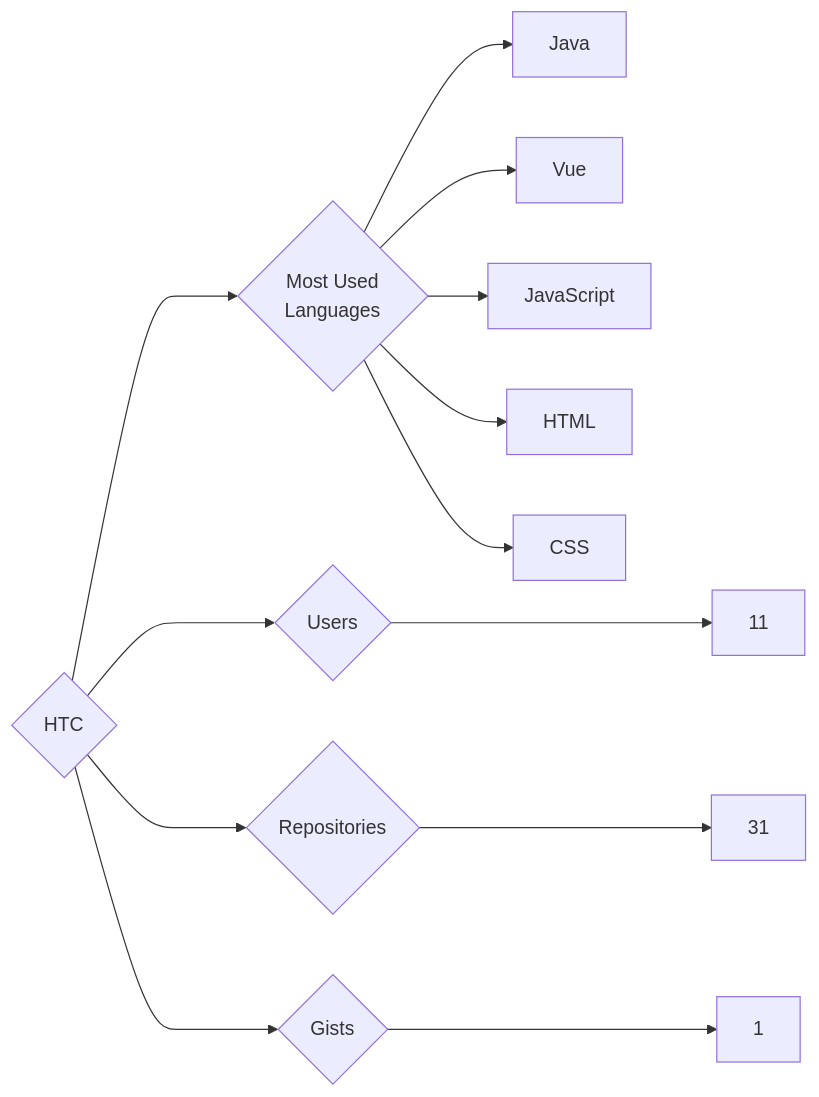
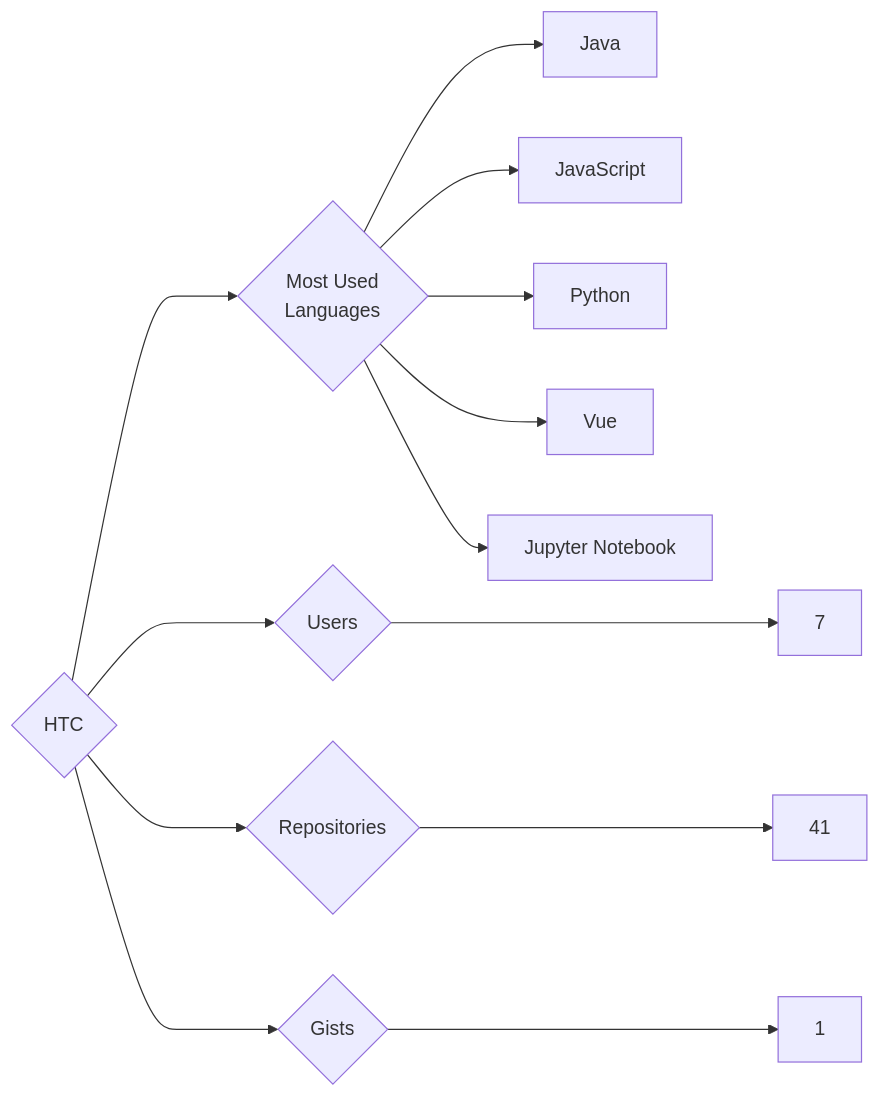
One commit to trickest/insiders changed the diagram in targets/HTC/README.md. Above: the diagram before and after it, drawn with Mermaid. The commit also changed 724 other files, not shown here.

````diff
--- a/targets/HTC/README.md
+++ b/targets/HTC/README.md
@@ -3,13 +3,13 @@
 ```mermaid
 graph LR
 COMPANY_NAME{HTC}
-COMPANY_NAME ---> U{Users} ---> UN[11]
-COMPANY_NAME ---> R{Repositories} ---> RN[31]
+COMPANY_NAME ---> U{Users} ---> UN[7]
+COMPANY_NAME ---> R{Repositories} ---> RN[41]
 COMPANY_NAME ---> G{Gists} ---> GN[1]
 COMPANY_NAME ---> ML{Most Used<br>Languages}
 ML --> Java[Java]
+ML --> JavaScript[JavaScript]
+ML --> Python[Python]
 ML --> Vue[Vue]
-ML --> JavaScript[JavaScript]
-ML --> HTML[HTML]
-ML --> CSS[CSS]
+ML --> Jupyter_Notebook[Jupyter Notebook]
 ```
````
